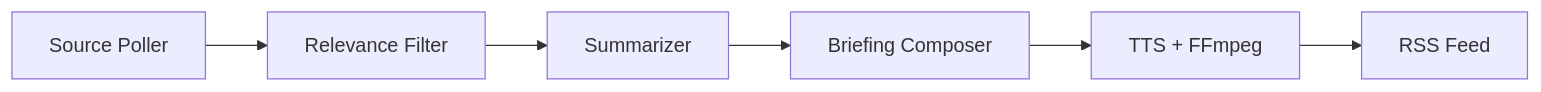
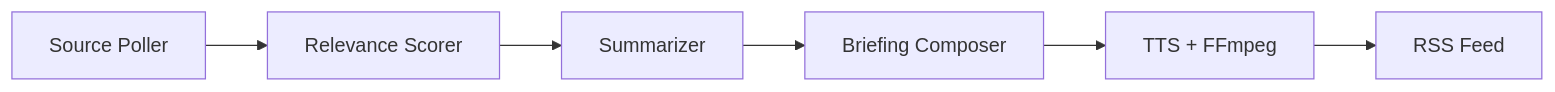
Before and after one commit to sourcelabs-nl/ai-summary-podcast: the diagram in README.md, drawn with Mermaid. The commit also changed other lines of this file, not shown here.

````diff
--- a/README.md
+++ b/README.md
@@ -7,8 +7,8 @@
 ```mermaid
 flowchart LR
-    A[Source Poller] --> B[Relevance Filter]
+    A[Source Poller] --> B[Relevance Scorer]
     B --> C[Summarizer]
     C --> D[Briefing Composer]
     D --> E[TTS + FFmpeg]
     E --> F[RSS Feed]
 ```
````
